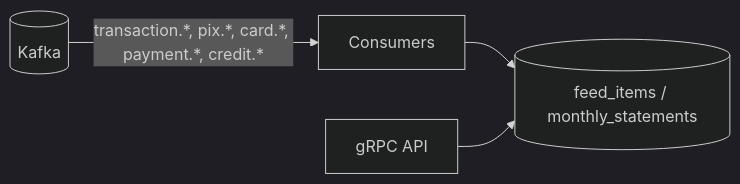
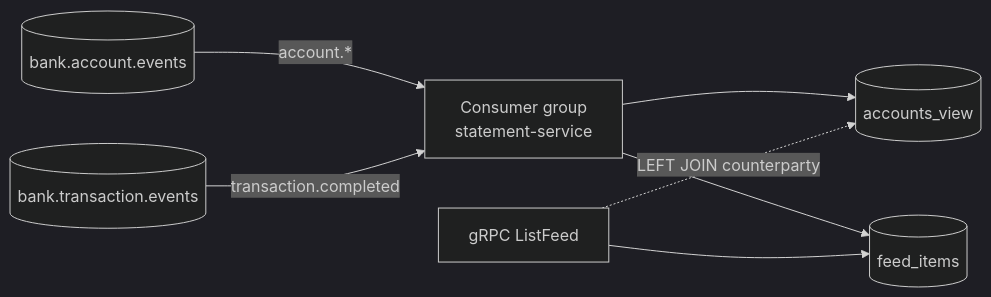
One commit to ViniciusMicarelli/digital-bank-platform changed the diagram in docs/services/statement-service.md. Above: the diagram before and after it, drawn with Mermaid (dark theme). The commit also changed other lines of this file and 29 other files, not shown here.

First line of the commit message:
feat(statement): customer feed projected from Kafka (CQRS read side)

````diff
--- a/docs/services/statement-service.md
+++ b/docs/services/statement-service.md
@@ -17,6 +17,9 @@
 ```mermaid
 flowchart LR
-    K[(Kafka)] -->|transaction.*, pix.*, card.*, payment.*, credit.*| C[Consumers]
-    C --> P[(feed_items / monthly_statements)]
-    API[gRPC API] --> P
+    A[(bank.account.events)] -->|account.*| C[Consumer group<br/>statement-service]
+    T[(bank.transaction.events)] -->|transaction.completed| C
+    C --> V[(accounts_view)]
+    C --> F[(feed_items)]
+    API[gRPC ListFeed] --> F
+    API -. LEFT JOIN counterparty .-> V
 ```
````
